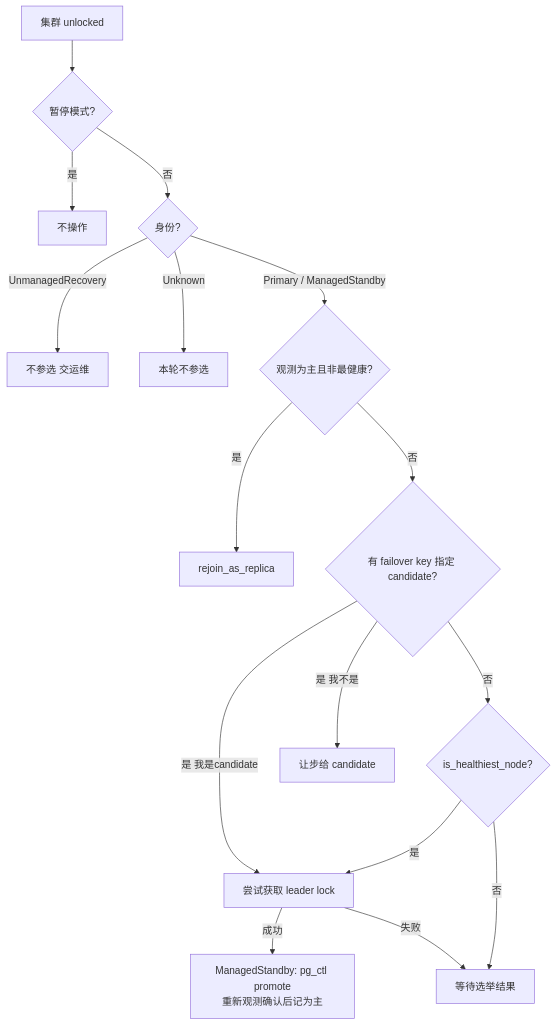
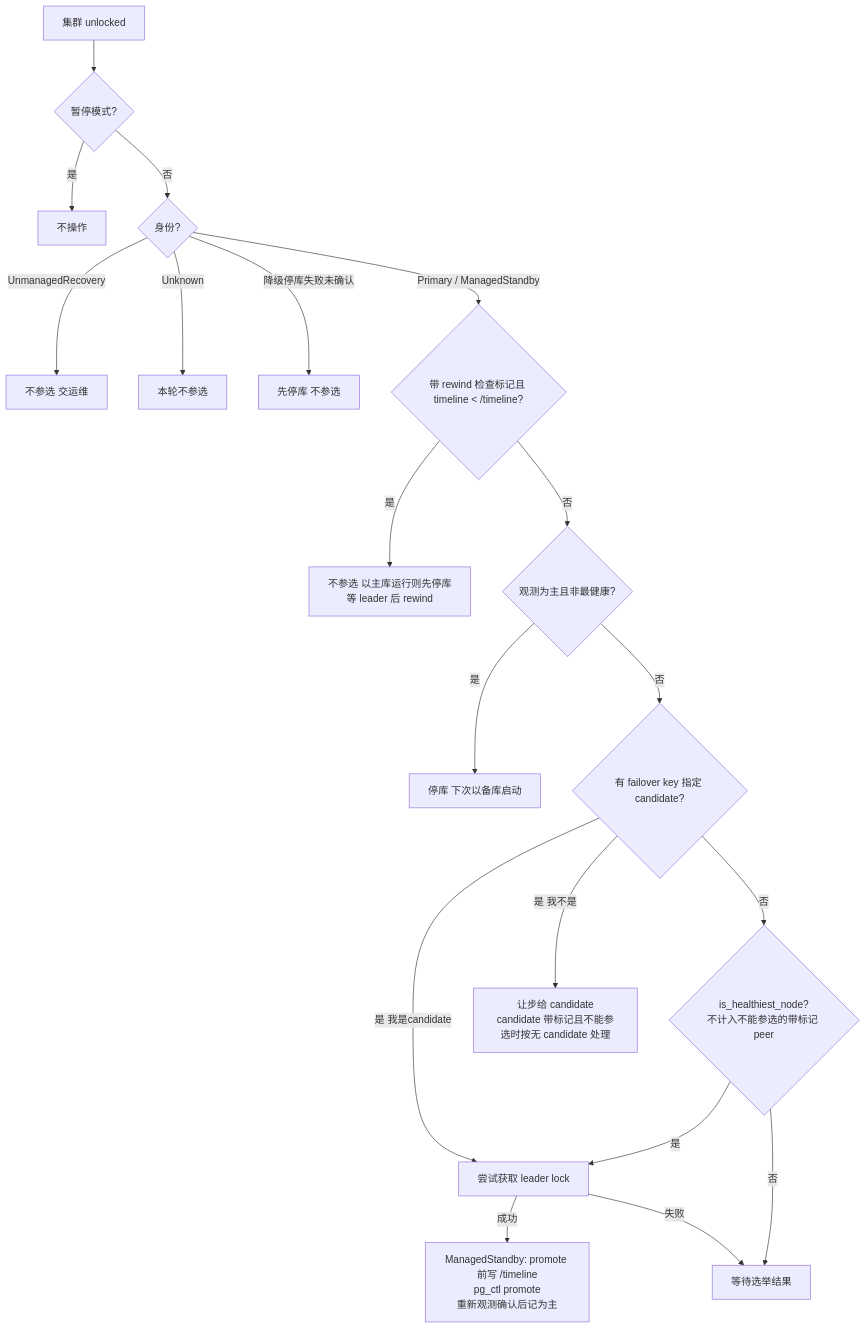
One commit to seraphico/pg-ha changed the third of 11 diagrams in docs/pg-ha-architecture.md. Above: the diagram before and after it, drawn with Mermaid. The commit also changed other lines of this file and 10 other files, not shown here.

````diff
--- a/docs/pg-ha-architecture.md
+++ b/docs/pg-ha-architecture.md
@@ -50,18 +50,21 @@
 ```mermaid
 flowchart TD
     START[集群 unlocked] --> PAUSE{暂停模式?}
     PAUSE -->|是| NOOP[不操作]
     PAUSE -->|否| IDENT{身份?}
     IDENT -->|UnmanagedRecovery| ASIDE[不参选 交运维]
     IDENT -->|Unknown| SKIP[本轮不参选]
-    IDENT -->|Primary / ManagedStandby| STALE{观测为主且非最健康?}
-    STALE -->|是| REJOIN[rejoin_as_replica]
+    IDENT -->|降级停库失败未确认| FENCE[先停库 不参选]
+    IDENT -->|Primary / ManagedStandby| MARK{带 rewind 检查标记且 timeline < /timeline?}
+    MARK -->|是| ASIDE2[不参选 以主库运行则先停库<br/>等 leader 后 rewind]
+    MARK -->|否| STALE{观测为主且非最健康?}
+    STALE -->|是| STOPSTALE[停库 下次以备库启动]
     STALE -->|否| FAILOVER{有 failover key 指定 candidate?}
     FAILOVER -->|是 我是candidate| ACQUIRE[尝试获取 leader lock]
-    FAILOVER -->|是 我不是| DEFER[让步给 candidate]
-    FAILOVER -->|否| HEALTH{is_healthiest_node?}
+    FAILOVER -->|是 我不是| DEFER[让步给 candidate<br/>candidate 带标记且不能参选时按无 candidate 处理]
+    FAILOVER -->|否| HEALTH{is_healthiest_node?<br/>不计入不能参选的带标记 peer}
     HEALTH -->|是| ACQUIRE
     HEALTH -->|否| WAIT[等待选举结果]
-    ACQUIRE -->|成功| PROMOTE[ManagedStandby: pg_ctl promote<br/>重新观测确认后记为主]
+    ACQUIRE -->|成功| PROMOTE[ManagedStandby: promote 前写 /timeline<br/>pg_ctl promote<br/>重新观测确认后记为主]
     ACQUIRE -->|失败| WAIT
 ```
````
